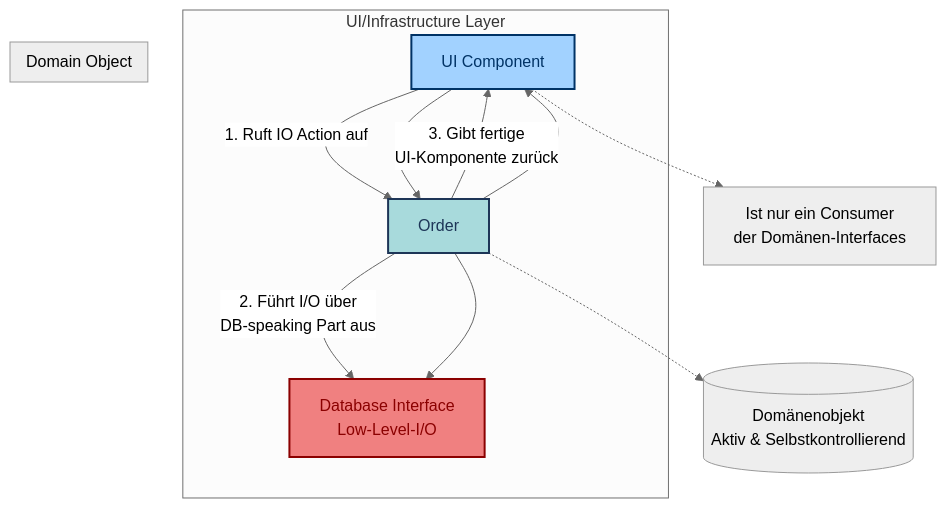
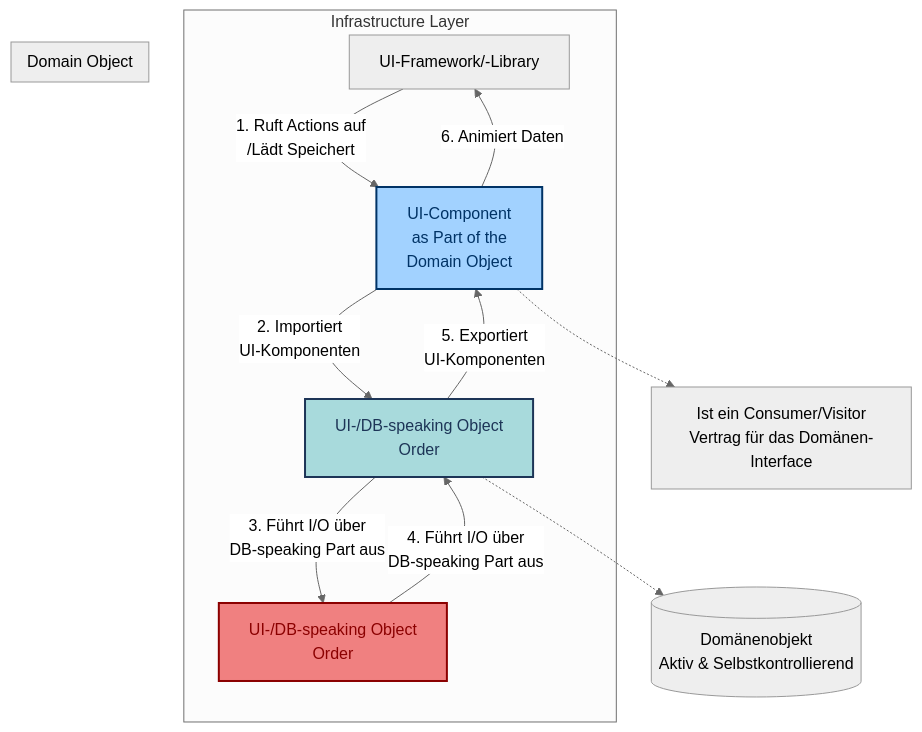
One commit to andreas-wagner-dev/object-oriented-learning-journey changed the second of 2 diagrams in blog/ui/000_oo_and_data_objects.md. Above: the diagram before and after it, drawn with Mermaid (neutral theme).

````diff
--- a/blog/ui/000_oo_and_data_objects.md
+++ b/blog/ui/000_oo_and_data_objects.md
@@ -110,34 +110,35 @@
 ```mermaid
-graph TD  
-    subgraph UI/Infrastructure Layer  
-        A[UI Component] -->|1. Ruft IO Action auf| D;  
-        E[Database Interface</br>Low-Level-I/O]  
+graph TD
+
+    subgraph Infrastructure Layer
+        X[UI-Framework/-Library]
+        X -->|1. Ruft Actions auf</br>/Lädt Speichert| A  
+        A -->|6. Animiert Daten| X  
+        A[UI-Component</br>as Part of the</br>Domain Object] -->|2. Importiert</br>UI-Komponenten| D;  
+        E[DB-Interface</br>Low-Level-I/O]  
     end
 
     subgraph Domain Object  
-        D[Order] -->|2. Führt I/O über</br>DB-speaking Part aus| E;  
-        D -->|3. Gibt fertige</br>UI-Komponente zurück| A;  
+        D[UI-/DB-speaking Object</br>Order] -->|3. Führt I/O über</br>DB-speaking Part aus| E;
+        E[UI-/DB-speaking Object</br>Order] -->|4. Führt I/O über</br>DB-speaking Part aus| D;  
+        D -->|5. Exportiert</br>UI-Komponenten | A;  
     end
 
     style A fill:#a2d2ff,stroke:#003366,stroke-width:2px,color:#003366  
     style D fill:#a8dadc,stroke:#1d3557,stroke-width:2px,color:#1d3557  
     style E fill:#f08080,stroke:#8b0000,stroke-width:2px,color:#8b0000
 
-    %% Kontrollfluss  
-    A --> D;  
-    D --> E;  
-    D --> A;
 
     %% Notes als Knoten  
     DNote[(Domänenobjekt</br>Aktiv & Selbstkontrollierend)]  
-    ANote[Ist nur ein Consumer</br>der Domänen-Interfaces]
+    ANote[Ist ein Consumer/Visitor</br>Vertrag für das Domänen-Interface]
 
     classDef noteStyle fill:\#fff9e6,stroke:\#d6b656,stroke-width:1px,color:\#000;  
     class DNote,ANote noteStyle
 
     D -.-> DNote  
     A -.-> ANote
 
     classDef Active fill:\#a8dadc,stroke:\#1d3557,stroke-width:2px,color:\#1d3557  
     class D Active
 ```
````
